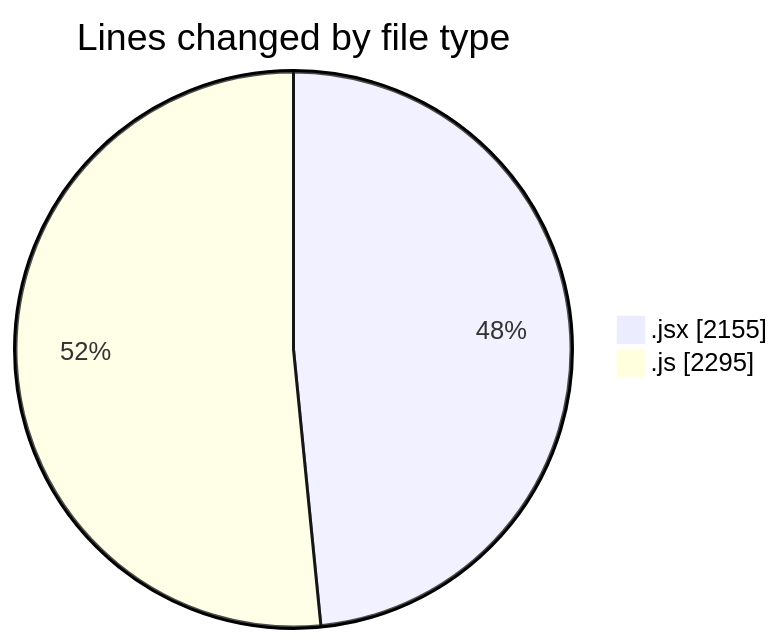
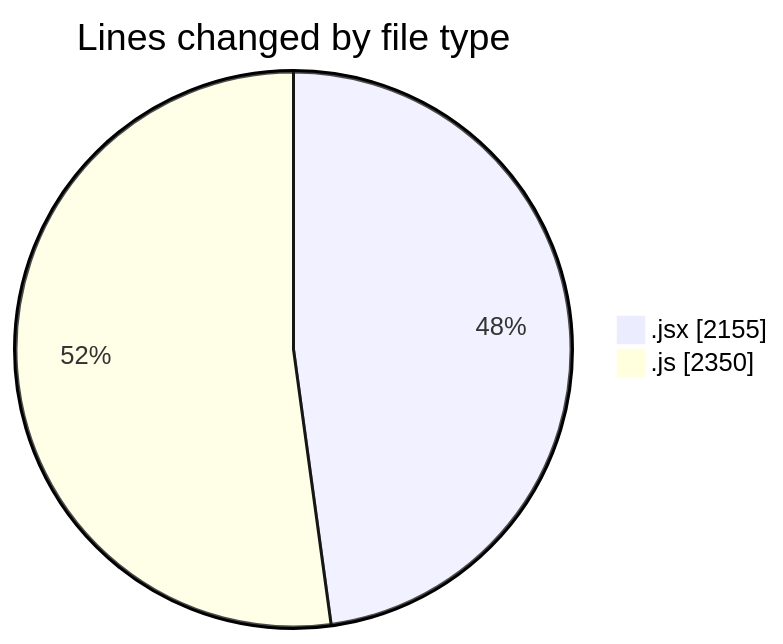
One commit to nxtqubesakshisongat/code-tracking changed the first of 2 diagrams in 2025-07-30/nxtqube_webapp/README.md. Above: the diagram before and after it, drawn with Mermaid. The commit also changed other lines of this file and 1 other file, not shown here.

````diff
--- a/2025-07-30/nxtqube_webapp/README.md
+++ b/2025-07-30/nxtqube_webapp/README.md
@@ -27,6 +27,6 @@
 ```mermaid
 pie showData
 title Lines changed by file type
 ".jsx" : 2155
-".js" : 2295
+".js" : 2350
 ```
````
